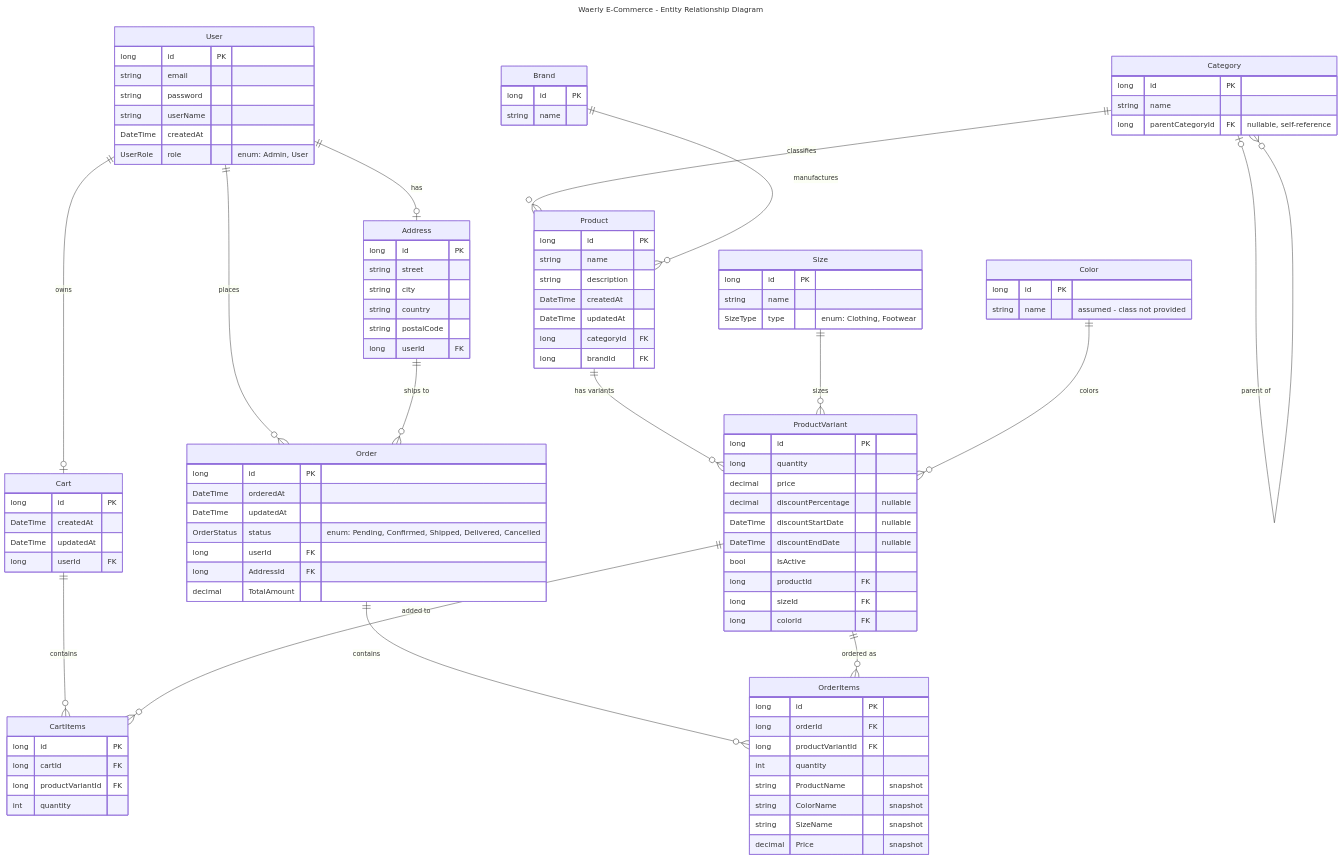
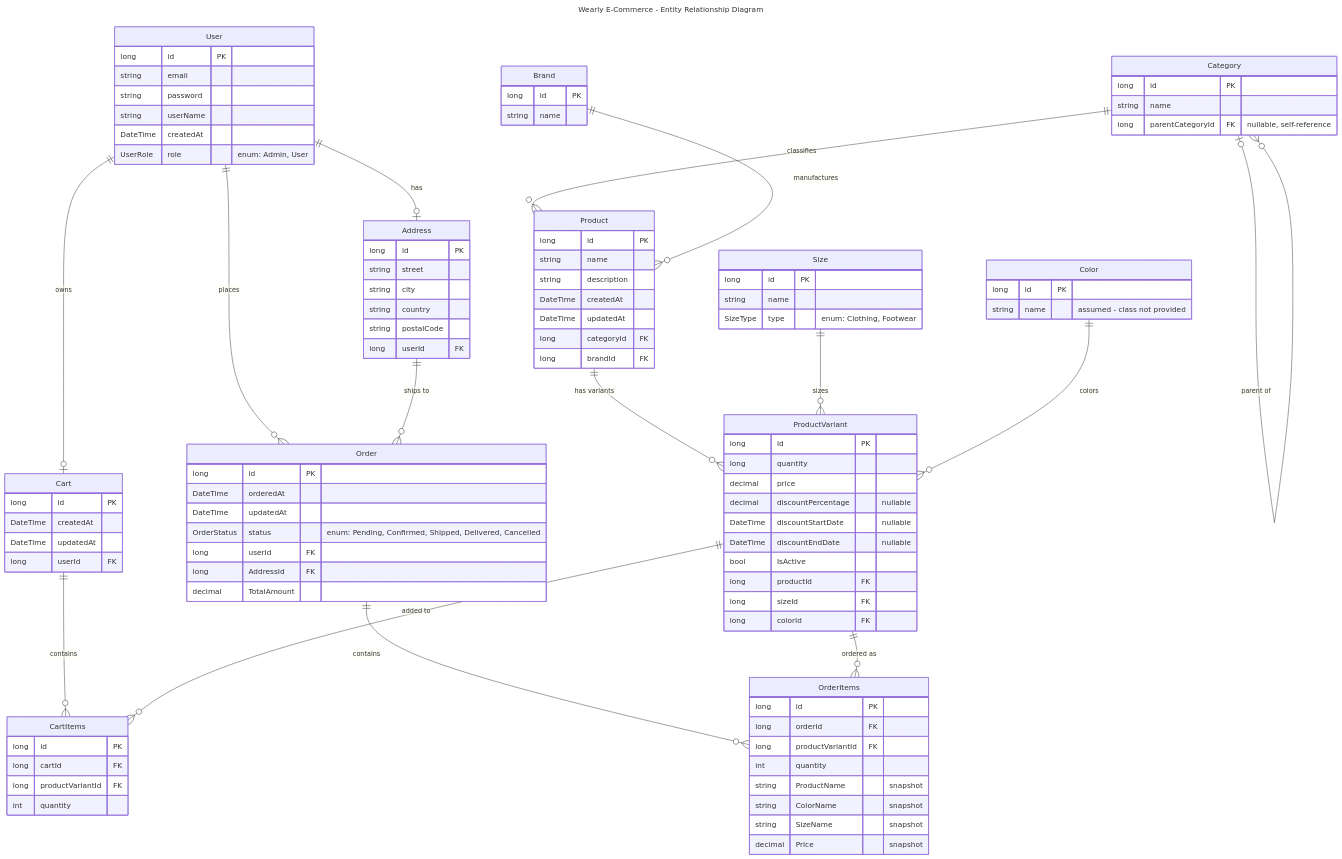
One commit to mohamedwaely/Wearly changed the diagram in README.md. Above: the diagram before and after it, drawn with Mermaid.

Commit message:
Fix typo in project title in README.md

````diff
--- a/README.md
+++ b/README.md
@@ -3,6 +3,6 @@
 ```mermaid
 ---
-title: Waerly E-Commerce - Entity Relationship Diagram
+title: Wearly E-Commerce - Entity Relationship Diagram
 ---
 erDiagram
     User {
````
